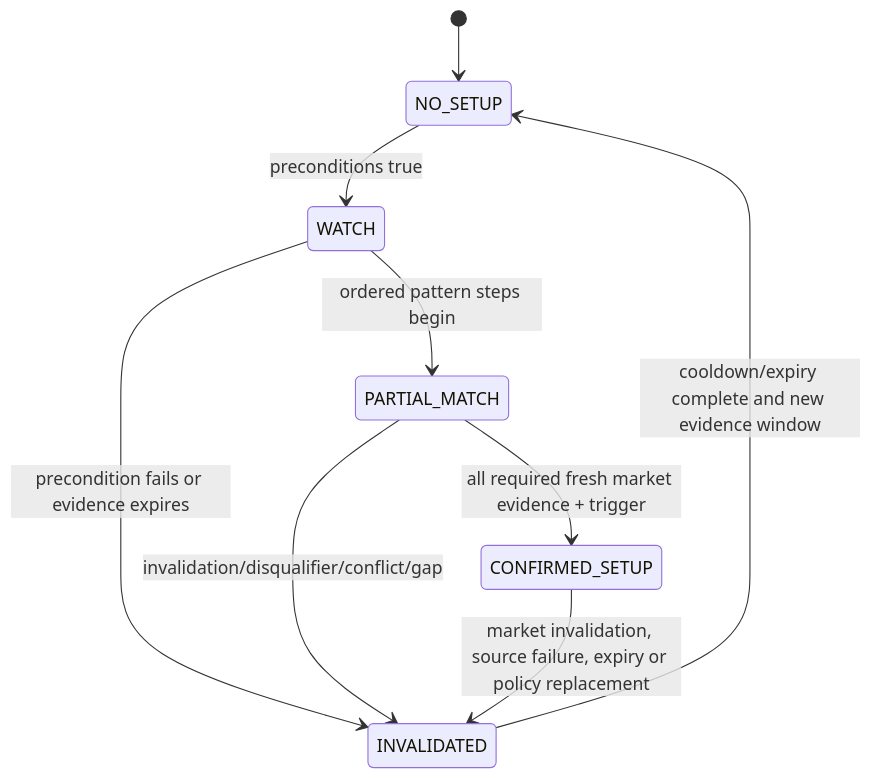
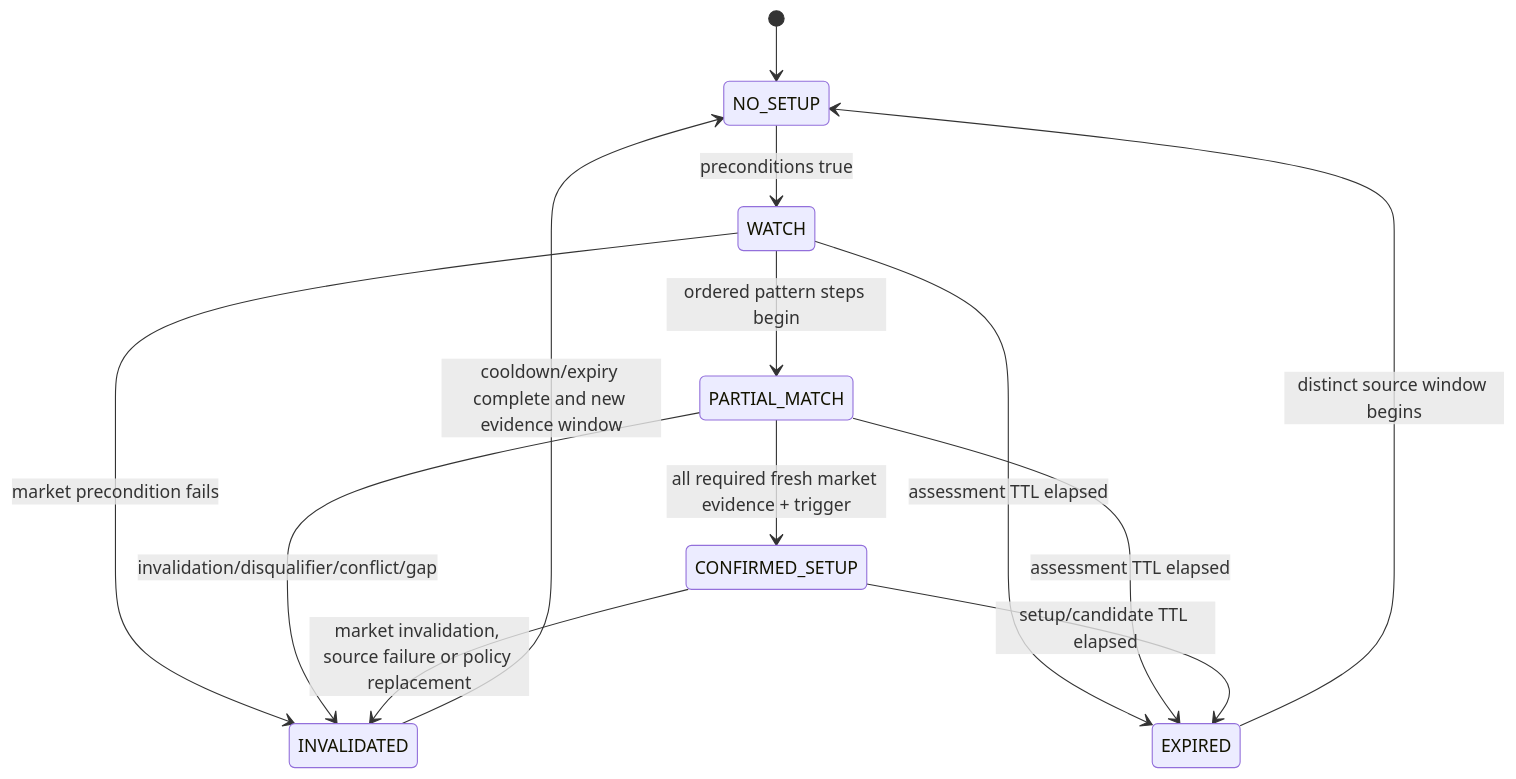
The fourth of 6 diagrams in docs/redesign/agentic_redesign_target_architecture.md (Fejjii/AlphaTrade-AI), drawn with Mermaid before and after one commit. The commit also changed other lines of this file and 1 other file, not shown here.

Commit message:
docs: resolve architecture cross-check findings

````diff
--- a/docs/redesign/agentic_redesign_target_architecture.md
+++ b/docs/redesign/agentic_redesign_target_architecture.md
@@ -506,11 +513,15 @@
 ```mermaid
 stateDiagram-v2
     [*] --> NO_SETUP
     NO_SETUP --> WATCH: preconditions true
     WATCH --> PARTIAL_MATCH: ordered pattern steps begin
     PARTIAL_MATCH --> CONFIRMED_SETUP: all required fresh market evidence + trigger
-    WATCH --> INVALIDATED: precondition fails or evidence expires
+    WATCH --> INVALIDATED: market precondition fails
     PARTIAL_MATCH --> INVALIDATED: invalidation/disqualifier/conflict/gap
-    CONFIRMED_SETUP --> INVALIDATED: market invalidation, source failure, expiry or policy replacement
+    CONFIRMED_SETUP --> INVALIDATED: market invalidation, source failure or policy replacement
+    WATCH --> EXPIRED: assessment TTL elapsed
+    PARTIAL_MATCH --> EXPIRED: assessment TTL elapsed
+    CONFIRMED_SETUP --> EXPIRED: setup/candidate TTL elapsed
     INVALIDATED --> NO_SETUP: cooldown/expiry complete and new evidence window
+    EXPIRED --> NO_SETUP: distinct source window begins
 ```
````
